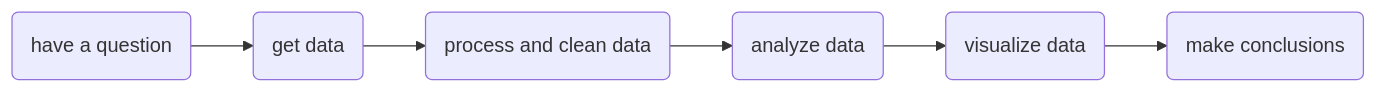
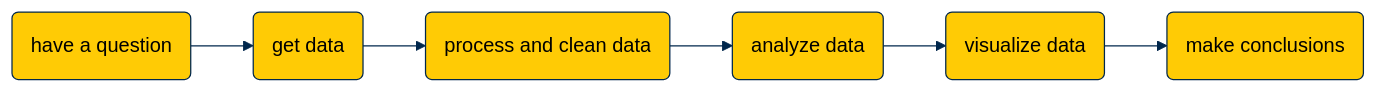
The diagram in do-files/README.md (agrogan1/Stata), drawn with Mermaid before and after one commit.

Commit message:
added theming

````diff
--- a/do-files/README.md
+++ b/do-files/README.md
@@ -7,8 +7,24 @@
 ```mermaid
+%%{
+  init: {
+    'theme': 'base',
+    'themeVariables': {
+      'primaryColor': '#FFCB05',
+      'primaryTextColor': '#000000',
+      'primaryBorderColor': '#00274C',
+      'lineColor': '#00274C',
+      'secondaryColor': '#00274C',
+      'secondaryTextColor': '#000000',
+      'tertiaryColor': '#F2F2F2',
+      'tertiaryBorderColor': '#00274C'
+    }
+  }
+}%%
+
 flowchart LR
   A(have a question) --> B(get data)
   B --> C(process and clean data) 
   C --> D(analyze data)
   D --> E(visualize data)
   E --> F(make conclusions)
 ```
````
